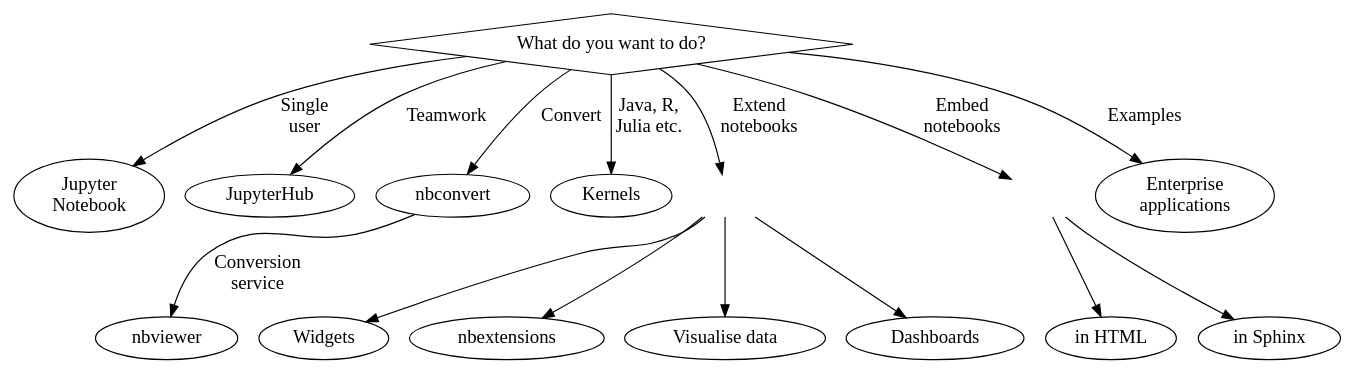
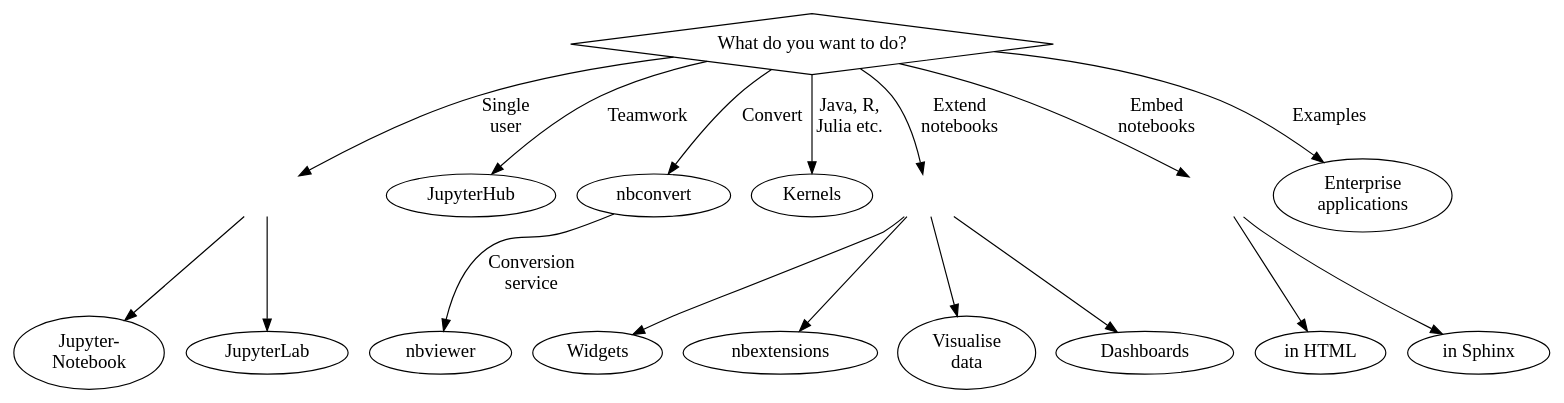
Before and after one commit to veit/jupyter-tutorial: the diagram in docs/index.rst, drawn with Graphviz. The commit also changed other lines of this file, not shown here.

Commit message:
:memo: Add JupyterLab documentation

```diff
--- a/docs/index.rst
+++ b/docs/index.rst
@@ -22,11 +22,10 @@
             label="What do you want to do?",
             tooltip="Jupyter offers you different ways how you can use the notebooks"]
         // Second Level
-        jupyter [
-            label="Jupyter\nNotebook",
-            tooltip="Install Jupyter locally",
-            target="_top",
-            href="../notebook/index.html"]
+        singleuser [
+             shape=plaintext,
+             label=" ",
+             tooltip="Single user"]
         hub [
             label="JupyterHub",
             tooltip="Install\nJupyterHub",
@@ -61,6 +60,16 @@
             target="_top",
             href="../use-cases.html"]
         // 3rd Level
+        notebook [
+             label="Jupyter-\nNotebook",
+             tooltip="Install notebook locally",
+             target="_top",
+             href="../notebook/index.html"]
+         jupyterlab [
+             label="JupyterLab",
+             tooltip="Install JupyterLab locally",
+             target="_top",
+             href="../jupyterlab/index.html"]
         widgets [
             label="Widgets",
             tooltip="Install and\nuse ipywidgets",
@@ -72,7 +81,7 @@
             target="_top",
             href="../nbextensions/index.html"]
         viz [
-            label="Visualise data",
+            label="Visualise\ndata",
             tooltip="Data visualisation libraries",
             target="_top",
             href="../viz/index.html"]
@@ -92,7 +101,7 @@
             target="_top",
             href="../nbsphinx.html"]
         // Edges
-        what -> jupyter [label="Single\nuser"]
+        what -> singleuser [label="Single\nuser"]
         what -> hub [label="Teamwork"]
         what -> nbconvert [label="Convert"]
         nbconvert -> nbviewer [label="Conversion\nservice"]
@@ -100,11 +109,13 @@
         what -> extensions [label="Extend\nnotebooks"]
         what -> embed [label="Embed\nnotebooks"]
         what -> examples [label="Examples"]
+        singleuser -> {notebook jupyterlab}
         extensions -> {widgets extend viz dash}
         embed -> {html sphinx}
         // Arrangement
         {rank = same; what;}
-        {rank = same; jupyter; hub; nbconvert; kernels; extensions; embed; examples;}
+        {rank = same; singleuser; hub; nbconvert; kernels; extensions; embed;
+                examples;}
         {rank = same; widgets; extend; viz; dash;}
         {rank = same; html; sphinx}
     }
```
